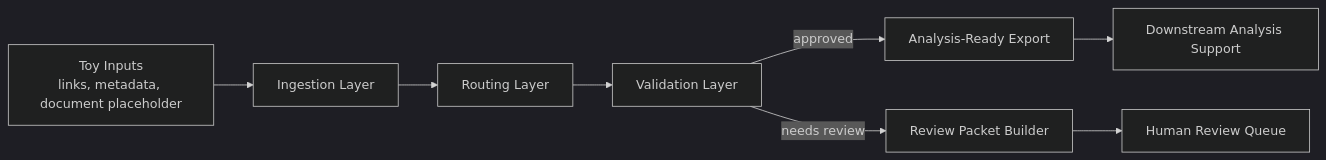
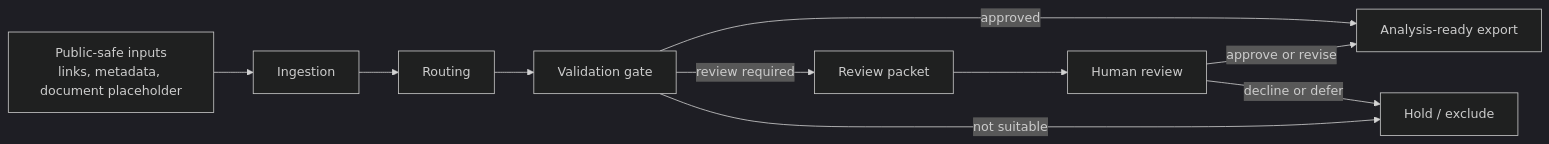
One commit to wcx13811718006-lang/review-gated-research-systems changed the diagram in README.md. Above: the diagram before and after it, drawn with Mermaid (dark theme). The commit also changed other lines of this file and 10 other files, not shown here.

Commit message:
Polish public showcase docs and diagrams

````diff
--- a/README.md
+++ b/README.md
@@ -26,10 +35,12 @@
 ```mermaid
 flowchart LR
-    A["Toy Inputs<br/>links, metadata, document placeholder"] --> B["Ingestion Layer"]
-    B --> C["Routing Layer"]
-    C --> D["Validation Layer"]
-    D -->|approved| E["Analysis-Ready Export"]
-    D -->|needs review| F["Review Packet Builder"]
-    F --> G["Human Review Queue"]
-    E --> H["Downstream Analysis Support"]
+    A["Public-safe inputs<br/>links, metadata, document placeholder"] --> B["Ingestion"]
+    B --> C["Routing"]
+    C --> D["Validation gate"]
+    D -->|approved| E["Analysis-ready export"]
+    D -->|review required| F["Review packet"]
+    D -->|not suitable| G["Hold / exclude"]
+    F --> H["Human review"]
+    H -->|approve or revise| E
+    H -->|decline or defer| G
 ```
````
